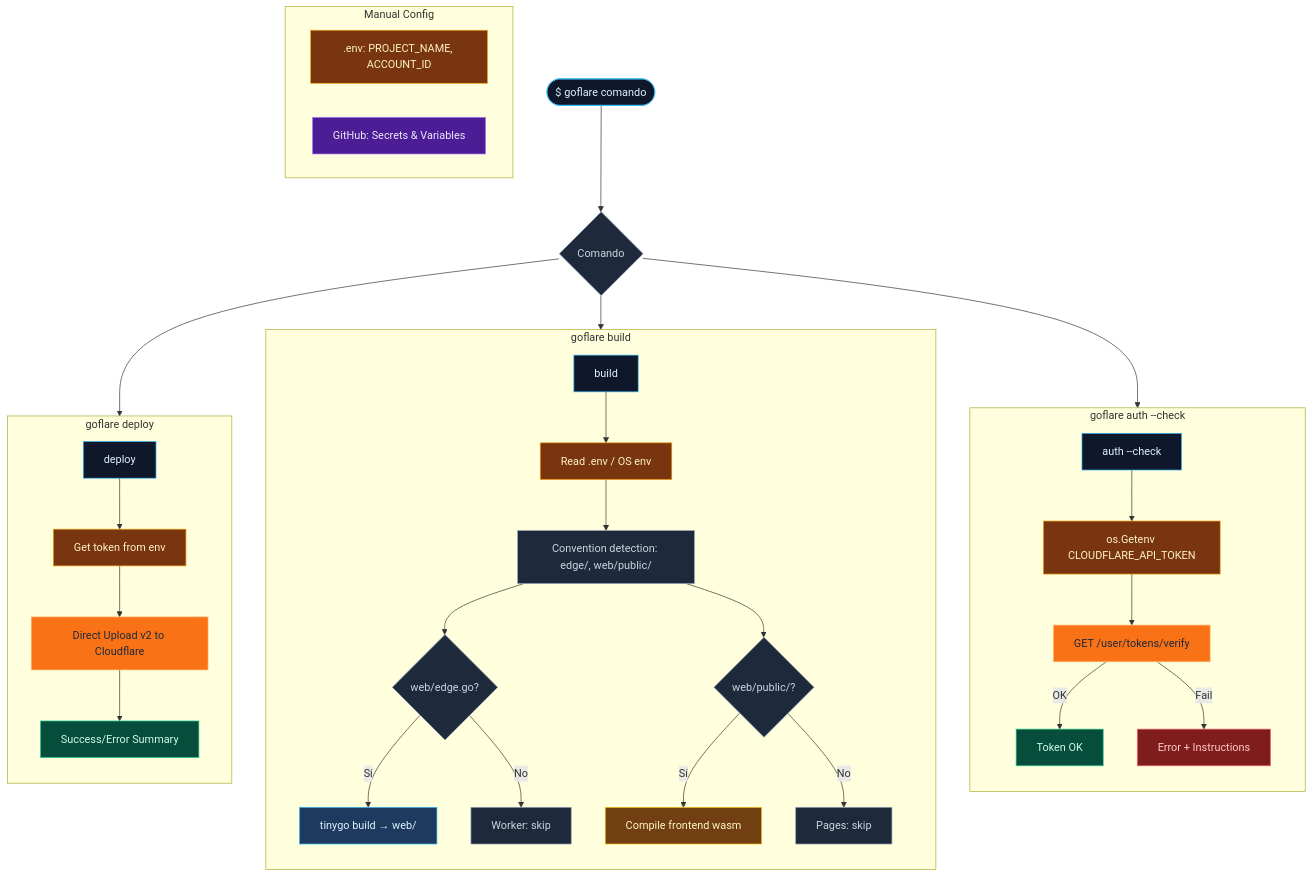
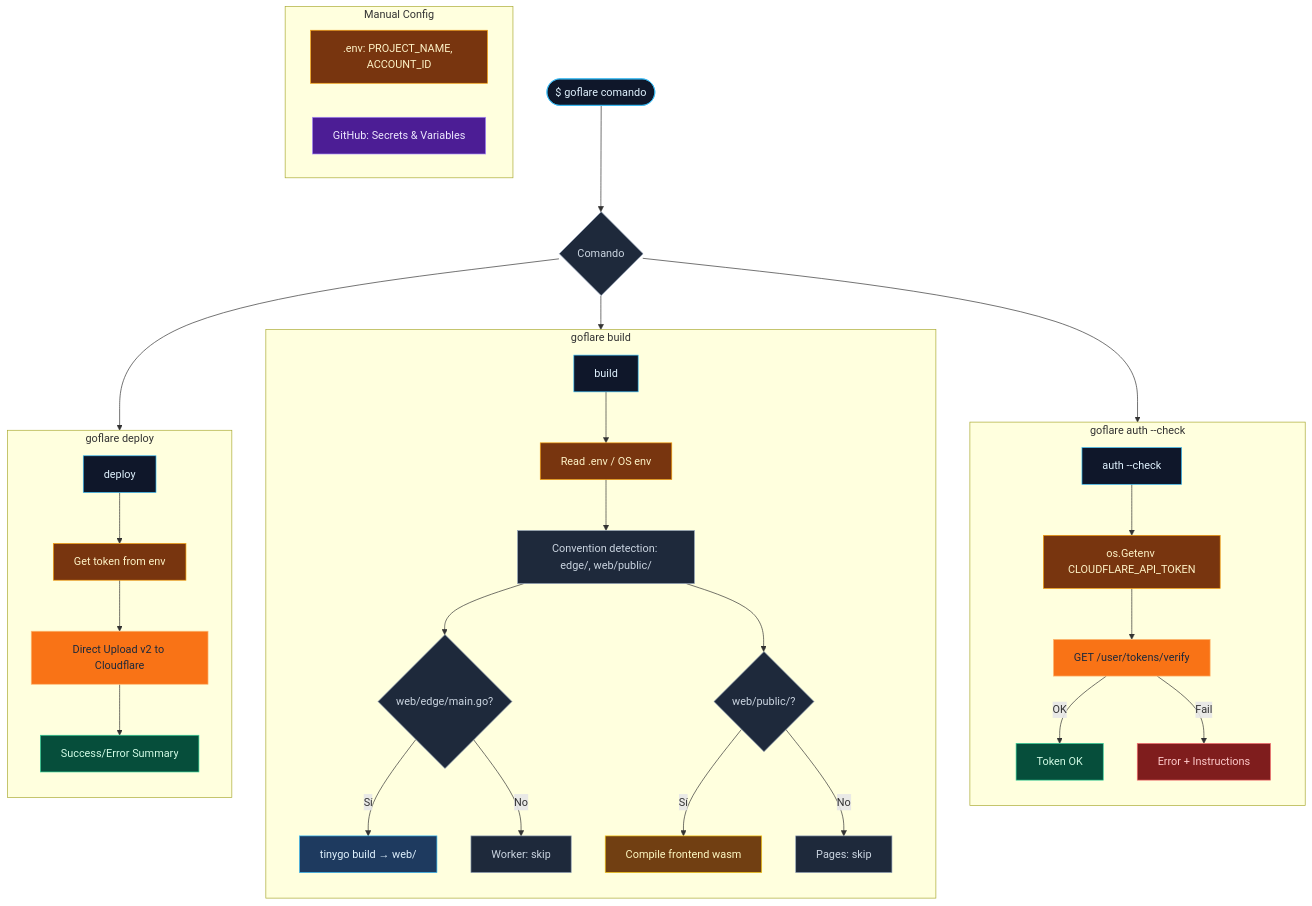
One commit to webtyp/goflare changed the diagram in docs/diagrams/goflare-generic.md. Above: the diagram before and after it, drawn with Mermaid. The commit also changed 14 other files, not shown here.

Commit message:
feat!: change worker main to web/edge/main.go and build into web/edge/

````diff
--- a/docs/diagrams/goflare-generic.md
+++ b/docs/diagrams/goflare-generic.md
@@ -1,56 +1,56 @@
 ```mermaid
 flowchart TD
     classDef cmd fill:#0f172a,stroke:#38bdf8,color:#e0f2fe
     classDef detect fill:#1e293b,stroke:#94a3b8,color:#cbd5e1
     classDef compile fill:#1e3a5f,stroke:#38bdf8,color:#e0f2fe
     classDef front fill:#713f12,stroke:#facc15,color:#fef9c3
     classDef output fill:#064e3b,stroke:#34d399,color:#d1fae5
     classDef auth fill:#4c1d95,stroke:#a78bfa,color:#ede9fe
     classDef error fill:#7f1d1d,stroke:#f87171,color:#fecaca
     classDef cf fill:#f97316,stroke:#fdba74,color:#1e293b
     classDef env fill:#78350f,stroke:#f59e0b,color:#fef3c7
 
     USER(["$ goflare comando"]):::cmd
     USER --> CMD_SWITCH{"Comando"}:::detect
     CMD_SWITCH --> CMD_AUTH["auth --check"]:::cmd
     CMD_SWITCH --> CMD_BUILD["build"]:::cmd
     CMD_SWITCH --> CMD_DEPLOY["deploy"]:::cmd
 
     %% GOFLARE AUTH
     subgraph AUTH ["goflare auth --check"]
         direction TB
         CMD_AUTH --> READ_TOKEN["os.Getenv CLOUDFLARE_API_TOKEN"]:::env
         READ_TOKEN --> VALIDATE["GET /user/tokens/verify"]:::cf
         VALIDATE -->|OK| AUTH_OK["Token OK"]:::output
         VALIDATE -->|Fail| AUTH_ERR["Error + Instructions"]:::error
     end
 
     %% GOFLARE BUILD
     subgraph BUILD ["goflare build"]
         direction TB
         CMD_BUILD --> READ_ENV_B["Read .env / OS env"]:::env
         READ_ENV_B --> DETECT["Convention detection: edge/, web/public/"]:::detect
 
-        DETECT --> HAS_BACK{"web/edge.go?"}:::detect
+        DETECT --> HAS_BACK{"web/edge/main.go?"}:::detect
         HAS_BACK -->|Sí| TINYGO["tinygo build → web/"]:::compile
         HAS_BACK -->|No| SKIP_W["Worker: skip"]:::detect
 
         DETECT --> HAS_FRONT{"web/public/?"}:::detect
         HAS_FRONT -->|Sí| FRONT_WASM["Compile frontend wasm"]:::front
         HAS_FRONT -->|No| SKIP_P["Pages: skip"]:::detect
     end
 
     %% GOFLARE DEPLOY
     subgraph DEPLOY ["goflare deploy"]
         direction TB
         CMD_DEPLOY --> D_AUTH["Get token from env"]:::env
         D_AUTH --> D_PUSH["Direct Upload v2 to Cloudflare"]:::cf
         D_PUSH --> D_RESULT["Success/Error Summary"]:::output
     end
 
     subgraph CONFIG ["Manual Config"]
         direction LR
         C_ENV[".env: PROJECT_NAME, ACCOUNT_ID"]:::env
         C_GH["GitHub: Secrets & Variables"]:::auth
     end
 ```
````
